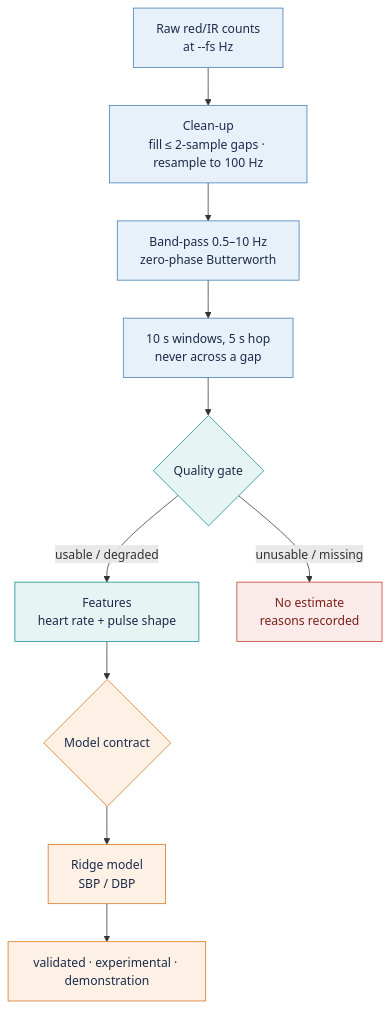
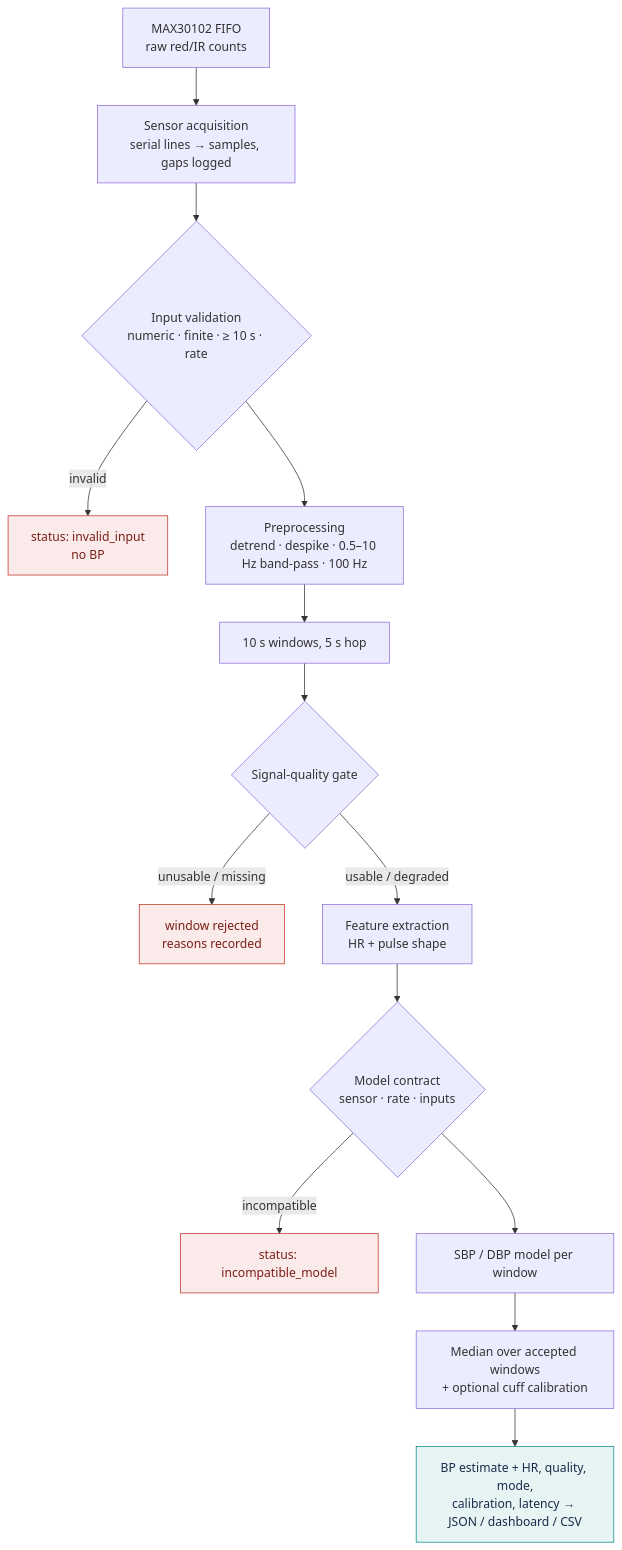
One commit to obstinix/RakshPulse changed the second of 4 diagrams in README.md. Above: the diagram before and after it, drawn with Mermaid. The commit also changed other lines of this file and 18 other files, not shown here.

````diff
--- a/README.md
+++ b/README.md
@@ -97,21 +110,21 @@
 ```mermaid
 flowchart TB
-    A["Raw red/IR counts<br/>at --fs Hz"] --> B["Clean-up<br/>fill ≤ 2-sample gaps · resample to 100 Hz"]
-    B --> C["Band-pass 0.5–10 Hz<br/>zero-phase Butterworth"]
-    C --> D["10 s windows, 5 s hop<br/>never across a gap"]
-    D --> E{"Quality gate"}
-    E -->|"usable / degraded"| F["Features<br/>heart rate + pulse shape"]
-    E -->|"unusable / missing"| X["No estimate<br/>reasons recorded"]
-    F --> G{"Model contract"}
-    G --> H["Ridge model<br/>SBP / DBP"]
-    H --> I["validated · experimental · demonstration"]
+    A["MAX30102 FIFO<br/>raw red/IR counts"] --> B["Sensor acquisition<br/>serial lines → samples, gaps logged"]
+    B --> C{"Input validation<br/>numeric · finite · ≥ 10 s · rate"}
+    C -->|"invalid"| X1["status: invalid_input<br/>no BP"]
+    C --> D["Preprocessing<br/>detrend · despike · 0.5–10 Hz band-pass · 100 Hz"]
+    D --> E["10 s windows, 5 s hop"]
+    E --> F{"Signal-quality gate"}
+    F -->|"unusable / missing"| X2["window rejected<br/>reasons recorded"]
+    F -->|"usable / degraded"| G["Feature extraction<br/>HR + pulse shape"]
+    G --> H{"Model contract<br/>sensor · rate · inputs"}
+    H -->|"incompatible"| X3["status: incompatible_model"]
+    H --> I["SBP / DBP model per window"]
+    I --> J["Median over accepted windows<br/>+ optional cuff calibration"]
+    J --> K["BP estimate + HR, quality, mode,<br/>calibration, latency → JSON / dashboard / CSV"]
 
-    classDef sig fill:#E8F1FA,stroke:#3E7CB1,color:#1B2A4A
-    classDef q fill:#E6F4F4,stroke:#0F8B8D,color:#1B2A4A
-    classDef m fill:#FDF1E6,stroke:#D9731A,color:#1B2A4A
     classDef bad fill:#FBEAEA,stroke:#C0392B,color:#7A1F16
-    class A,B,C,D sig
-    class E,F q
-    class G,H,I m
-    class X bad
+    classDef ok fill:#E6F4F4,stroke:#0F8B8D,color:#1B2A4A
+    class X1,X2,X3 bad
+    class K ok
 ```
````
